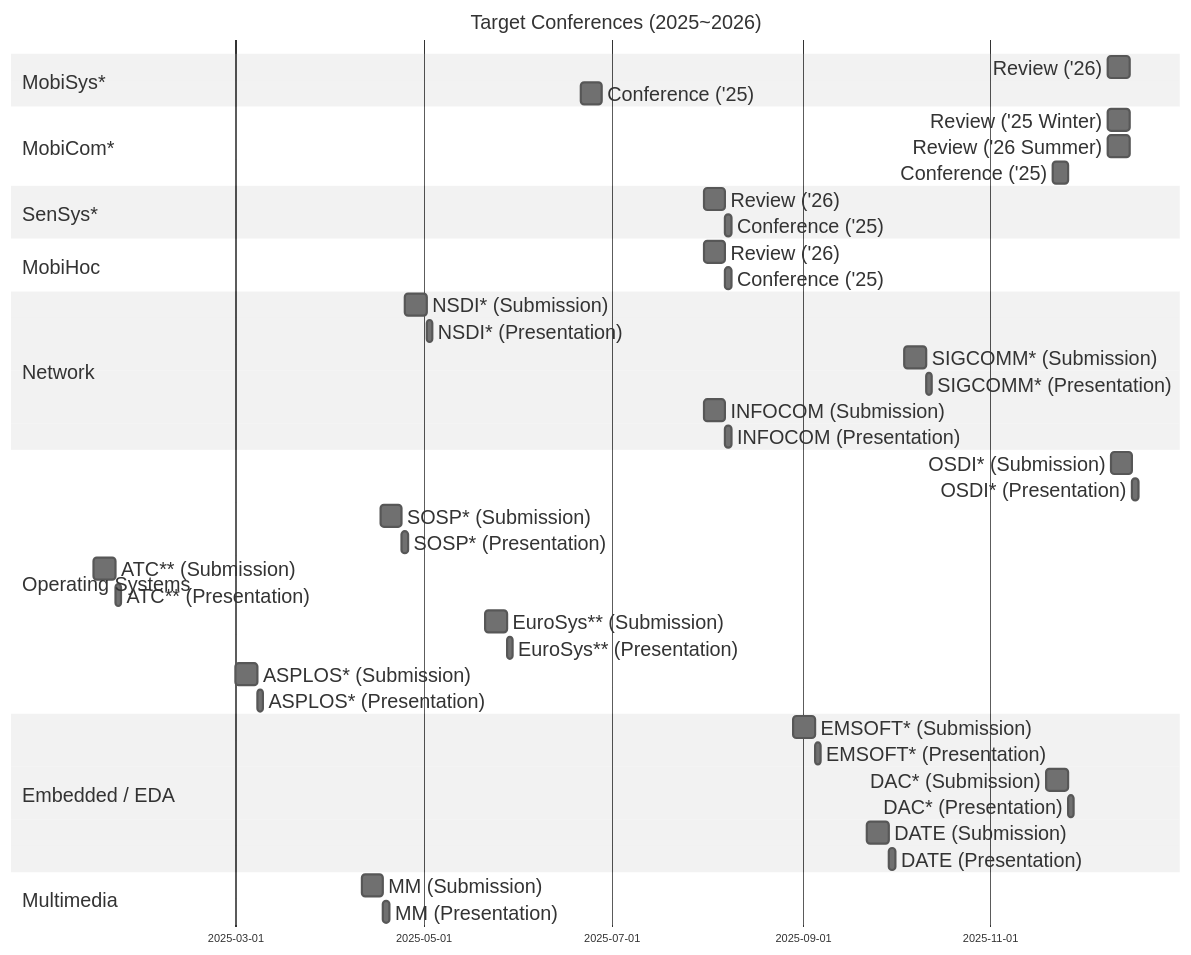
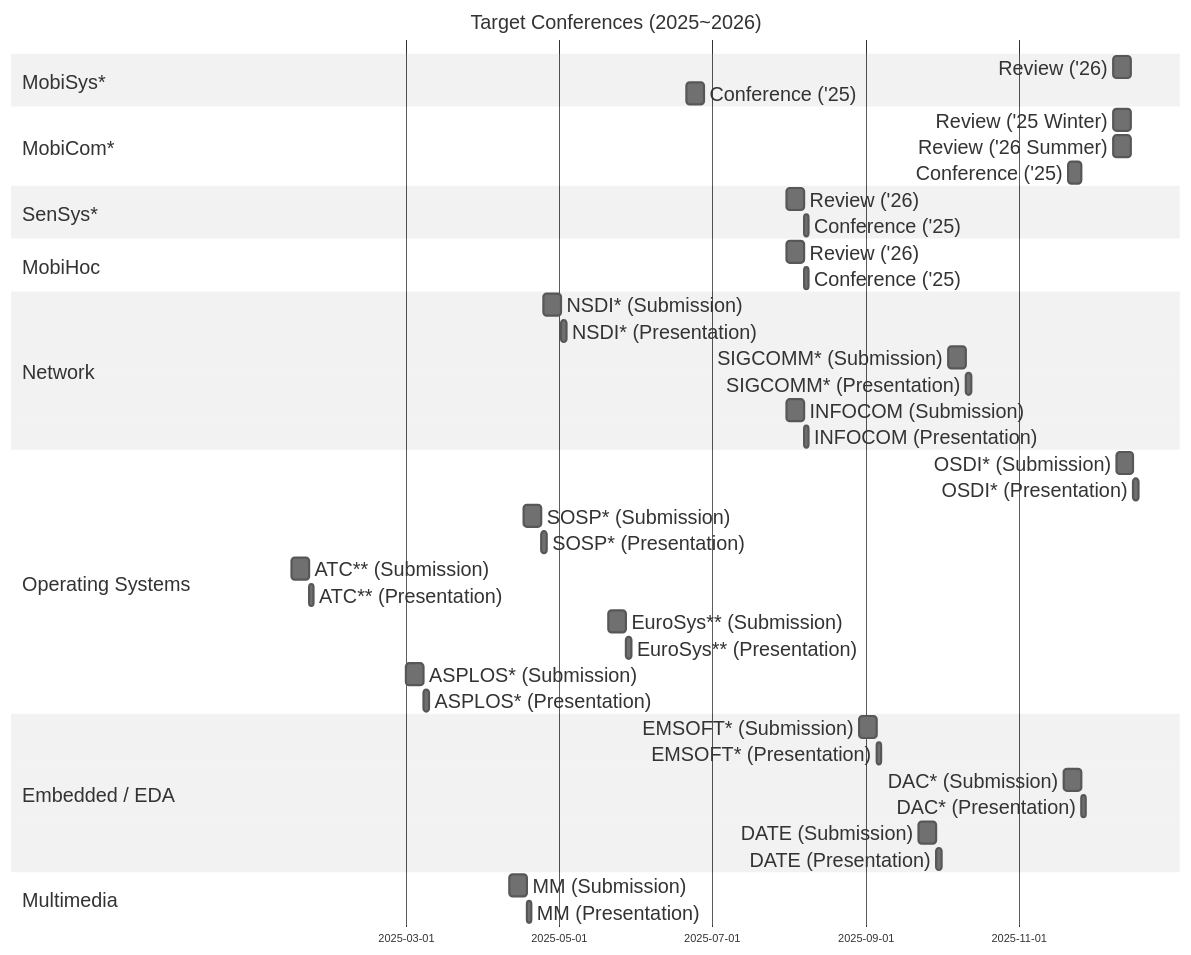
Before and after one commit to iamseonghoon/Mobile-Systems-Conference-Timelines: the diagram in README.md, drawn with Mermaid.

````diff
--- a/README.md
+++ b/README.md
@@ -5,78 +5,78 @@
 ```mermaid
 %%{init: {'theme': 'neutral',
 'themeVariables': {
       'fontSize': '18px'},
 "gantt": {
       "fontSize": 18,
       "sectionFontSize": 18,
-      "leftPadding": 75
+      "leftPadding": 255
   }}}%%
 gantt
     dateFormat  YYYY-MM-DD
     tickInterval 2month
     title Target Conferences (2025~2026)
 
     %% --------------------------
     %% Mobile
     %% --------------------------
     section MobiSys*
     Review ('26)        :mobisys-review,    2025-12-09, 7d
     Conference ('25)      :mobisys-conf,    2025-06-21, 7d
     
     section MobiCom*
     Review ('25 Winter)       :mobicom-review1,    2025-12-09, 7d
     Review ('26 Summer)       :mobicom-review2,    2025-12-09, 7d
     Conference ('25)          :mobicom-conf,    2025-11-21, 5d
 
     section SenSys*
     Review ('26)        :sens-sub,  2025-07-31, 7d
     Conference ('25)      :sens-pres, after sens-sub, 2d
 
     section MobiHoc
     Review ('26)        :sens-sub,  2025-07-31, 7d
     Conference ('25)      :sens-pres, after sens-sub, 2d
 
     %% --------------------------
     %% Network
     %% --------------------------
     section Network
     NSDI* (Submission)          :nsdi-sub,  2025-04-25, 7d
     NSDI* (Presentation)        :nsdi-pres, after nsdi-sub, 2d
     SIGCOMM* (Submission)       :sig-sub,   2025-10-04, 7d
     SIGCOMM* (Presentation)     :sig-pres,  after sig-sub, 2d
     INFOCOM (Submission)        :info-sub,  2025-07-31, 7d
     INFOCOM (Presentation)      :info-pres, after info-sub, 2d
 
     %% --------------------------
     %% Operating Systems
     %% --------------------------
     section Operating Systems
     OSDI* (Submission)          :osdi-sub,  2025-12-10, 7d
     OSDI* (Presentation)        :osdi-pres, after osdi-sub, 2d
     SOSP* (Submission)          :sosp-sub,  2025-04-17, 7d
     SOSP* (Presentation)        :sosp-pres, after sosp-sub, 2d
     ATC** (Submission)          :atc-sub,   2025-01-14, 7d
     ATC** (Presentation)        :atc-pres,  after atc-sub, 2d
     EuroSys** (Submission)      :euros-sub, 2025-05-21, 7d
     EuroSys** (Presentation)    :euros-pres,after euros-sub, 2d
     ASPLOS* (Submission)        :aspl-sub,  2025-03-01, 7d
     ASPLOS* (Presentation)      :aspl-pres, after aspl-sub, 2d
 
     %% --------------------------
     %% Embedded / EDA
     %% --------------------------
     section Embedded / EDA
     EMSOFT* (Submission)        :ems-sub,   2025-08-29, 7d
     EMSOFT* (Presentation)      :ems-pres,  after ems-sub, 2d
     DAC* (Submission)           :dac-sub,   2025-11-19, 7d
     DAC* (Presentation)         :dac-pres,  after dac-sub, 2d
     DATE (Submission)           :date-sub,  2025-09-22, 7d
     DATE (Presentation)         :date-pres, after date-sub, 2d
 
     %% --------------------------
     %% Multimedia
     %% --------------------------
     section Multimedia
     MM (Submission)             :mm-sub,    2025-04-11, 7d
     MM (Presentation)           :mm-pres,   after mm-sub, 2d
 ```
````
